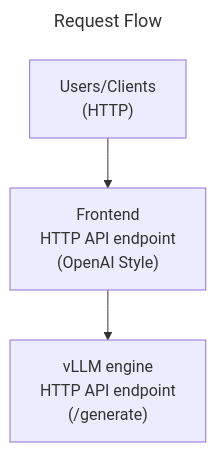
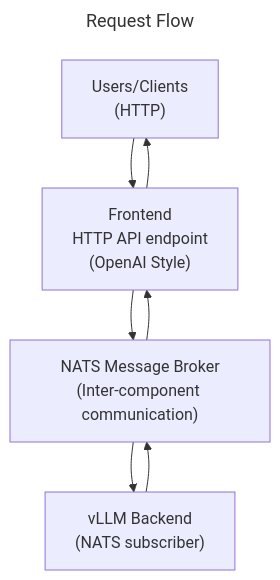
Before and after one commit to ai-dynamo/dynamo: the diagram in examples/basics/quickstart/README.md, drawn with Mermaid. The commit also changed other lines of this file, not shown here.

Commit message:
docs: use builtin vllm component in example

````diff
--- a/examples/basics/quickstart/README.md
+++ b/examples/basics/quickstart/README.md
@@ -27,8 +23,12 @@
 ```mermaid
 ---
 title: Request Flow
 ---
 flowchart TD
     A["Users/Clients<br/>(HTTP)"] --> B["Frontend<br/>HTTP API endpoint<br/>(OpenAI Style)"]
-    B --> C["vLLM engine<br/>HTTP API endpoint<br/>(/generate)"]
+    B --> C["NATS Message Broker<br/>(Inter-component communication)"]
+    C --> D["vLLM Backend<br/>(NATS subscriber)"]
+    D --> C
+    C --> B
+    B --> A
 ```
````
